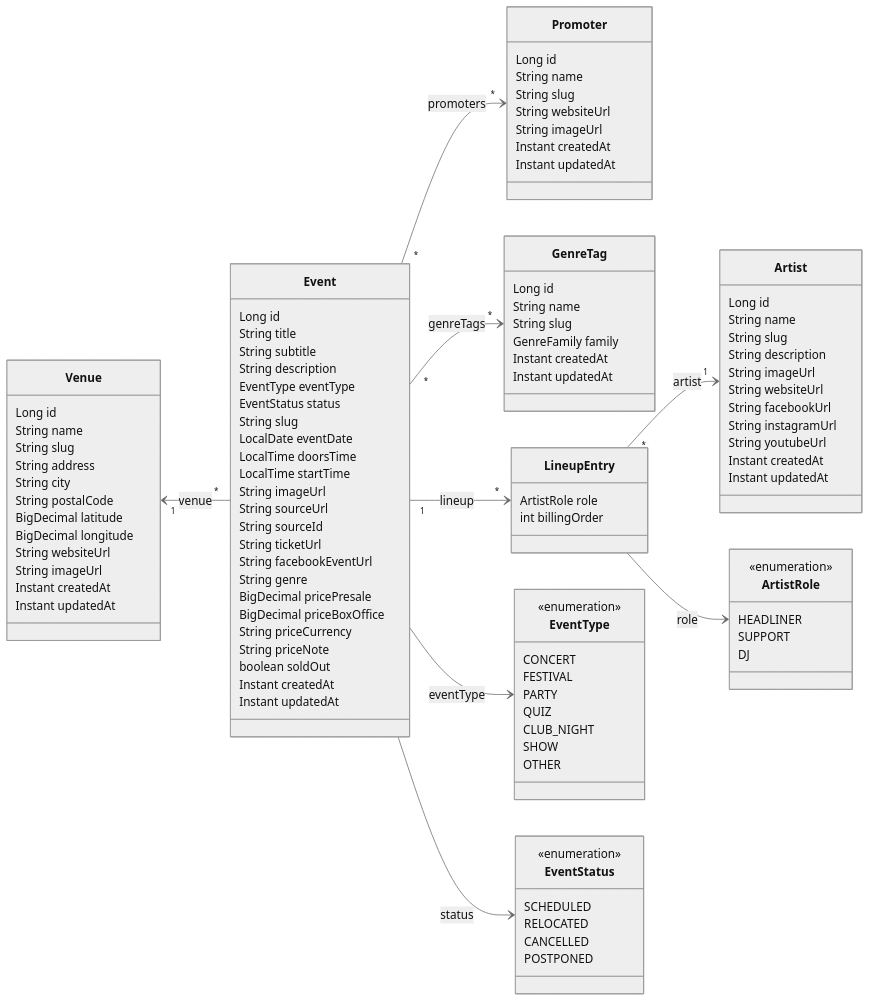
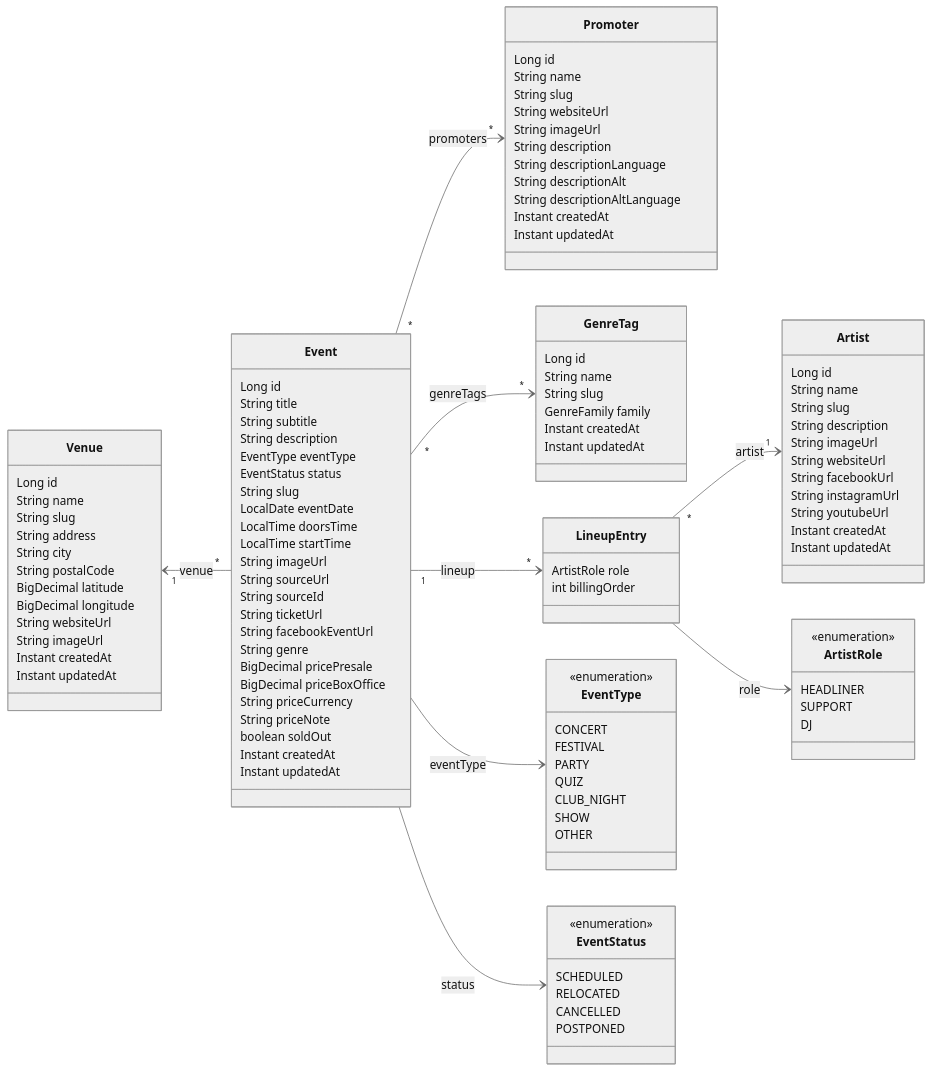
One commit to enorm-labs/event-checker changed the diagram in docs/DATA_MODEL.md. Above: the diagram before and after it, drawn with Mermaid (neutral theme). The commit also changed other lines of this file and 18 other files, not shown here.

```diff
--- a/docs/DATA_MODEL.md
+++ b/docs/DATA_MODEL.md
@@ -82,6 +82,10 @@
         String slug
         String websiteUrl
         String imageUrl
+        String description
+        String descriptionLanguage
+        String descriptionAlt
+        String descriptionAltLanguage
         Instant createdAt
         Instant updatedAt
     }
```
